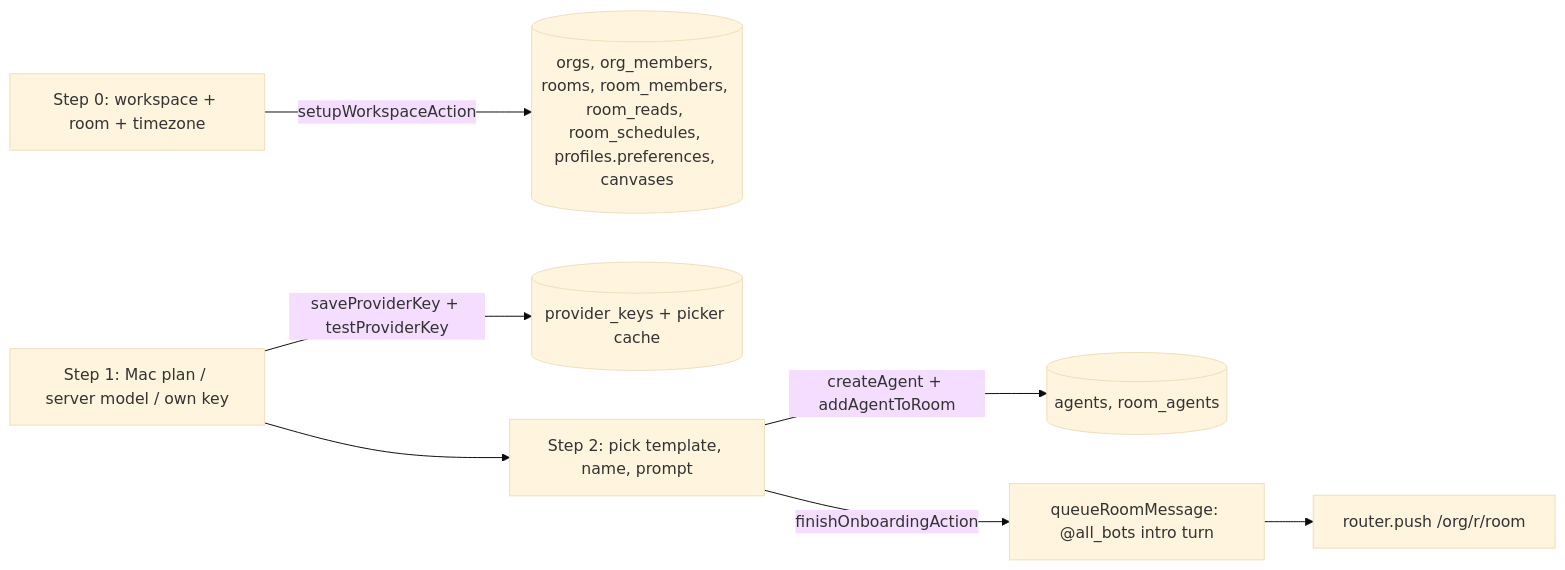
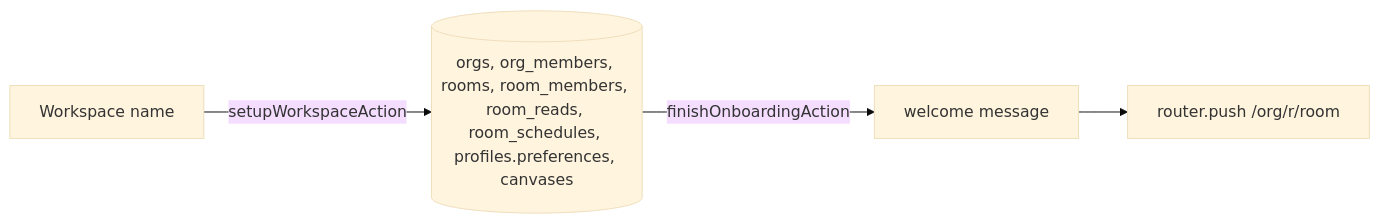
One commit to anurag3407/sayabot changed the diagram in docs/reference/web/pages/onboarding.md. Above: the diagram before and after it, drawn with Mermaid (base theme). The commit also changed other lines of this file and 9 other files, not shown here.

First line of the commit message:
Refactor WorkspaceSwitcher component to remove role prop and update onboarding documentation

````diff
--- a/docs/reference/web/pages/onboarding.md
+++ b/docs/reference/web/pages/onboarding.md
@@ -27,9 +22,6 @@
 ```mermaid
 flowchart LR
-    S0[Step 0: workspace + room + timezone] -->|setupWorkspaceAction| DB[(orgs, org_members, rooms, room_members, room_reads, room_schedules, profiles.preferences, canvases)]
-    S1[Step 1: Mac plan / server model / own key] -->|saveProviderKey + testProviderKey| K[(provider_keys + picker cache)]
-    S1 --> S2[Step 2: pick template, name, prompt]
-    S2 -->|createAgent + addAgentToRoom| A[(agents, room_agents)]
-    S2 -->|finishOnboardingAction| Q[queueRoomMessage: @all_bots intro turn]
+    Form[Workspace name] -->|setupWorkspaceAction| DB[(orgs, org_members, rooms, room_members, room_reads, room_schedules, profiles.preferences, canvases)]
+    DB -->|finishOnboardingAction| Q[welcome message]
     Q --> R[router.push /org/r/room]
 ```
````
